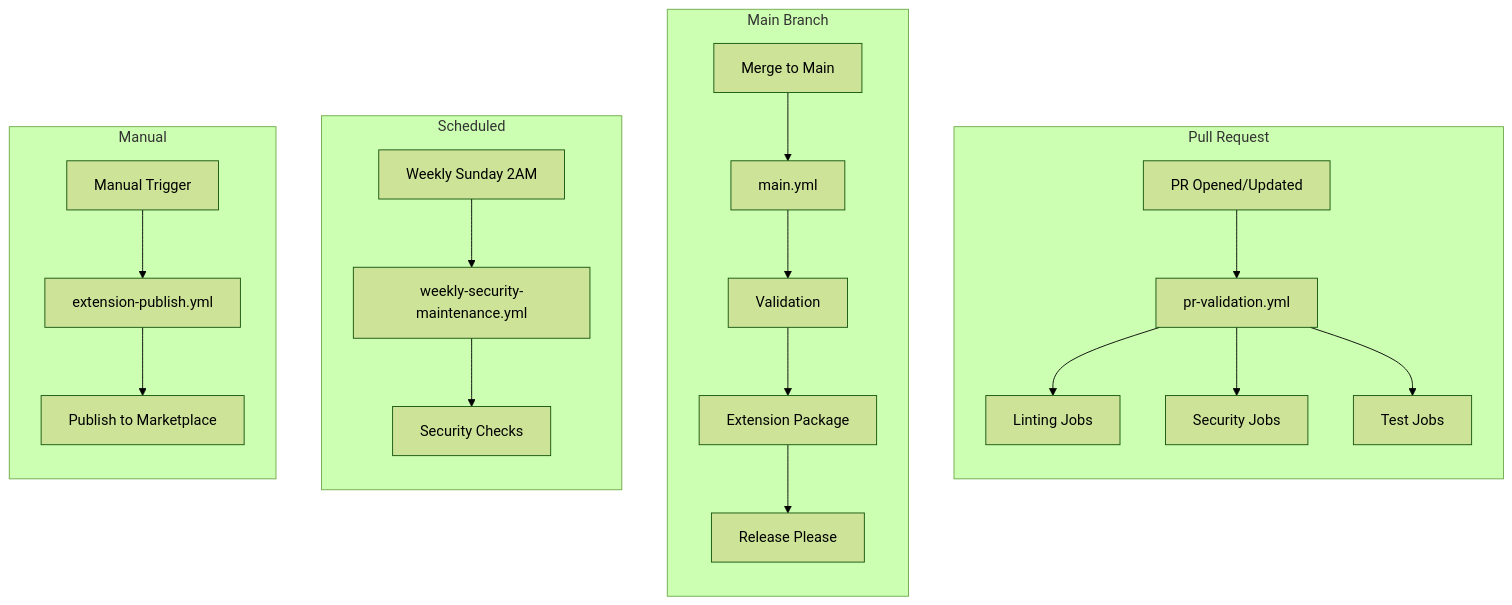
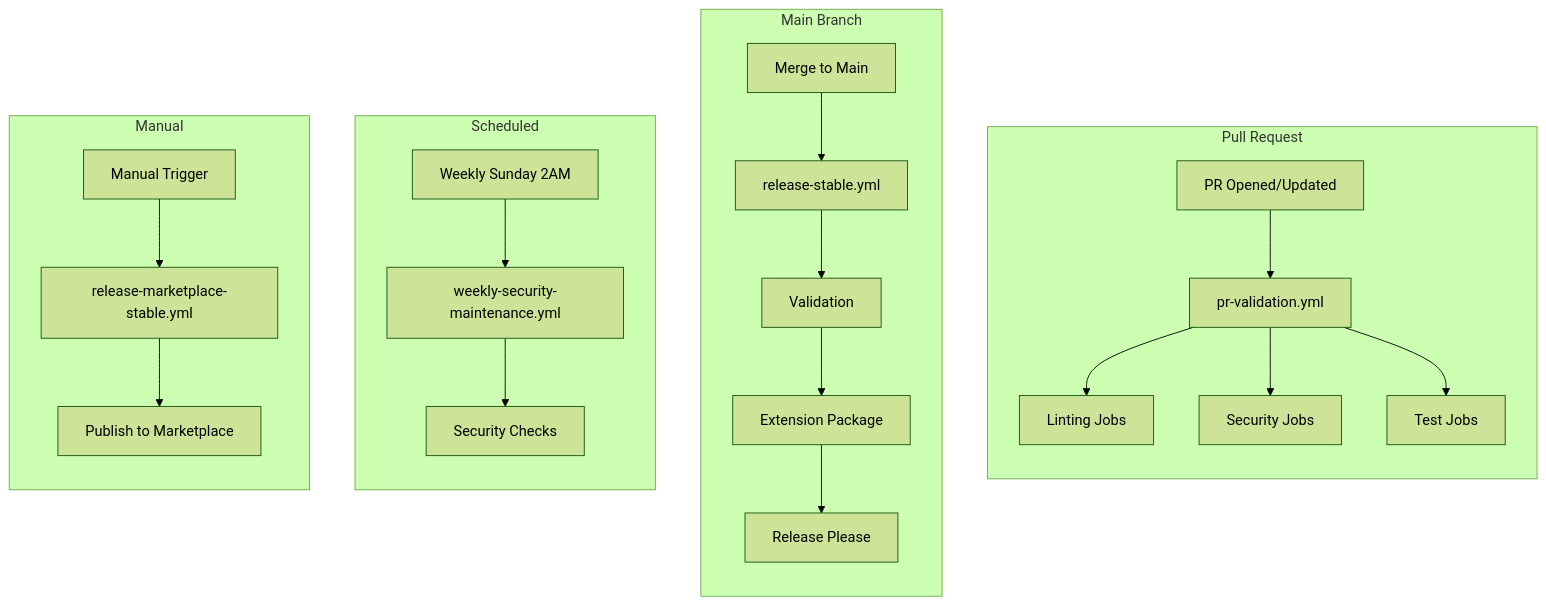
Before and after one commit to beragowhere/hve-core-adapted: the first of 4 diagrams in docs/architecture/workflows.md, drawn with Mermaid (forest theme). The commit also changed other lines of this file and 12 other files, not shown here.

````diff
--- a/docs/architecture/workflows.md
+++ b/docs/architecture/workflows.md
@@ -14,30 +14,30 @@
 ```mermaid
 flowchart TD
     subgraph PR["Pull Request"]
         direction TB
         PR1[PR Opened/Updated] --> PV[pr-validation.yml]
         PV --> LINT[Linting Jobs]
         PV --> SEC[Security Jobs]
         PV --> TEST[Test Jobs]
     end
 
     subgraph MAIN["Main Branch"]
         direction TB
-        MERGE[Merge to Main] --> MN[main.yml]
+        MERGE[Merge to Main] --> MN[release-stable.yml]
         MN --> VAL[Validation]
         VAL --> PKG[Extension Package]
         PKG --> REL[Release Please]
     end
 
     subgraph SCHED["Scheduled"]
         direction TB
         CRON[Weekly Sunday 2AM] --> WEEKLY[weekly-security-maintenance.yml]
         WEEKLY --> SECCHECK[Security Checks]
     end
 
     subgraph MANUAL["Manual"]
         direction TB
-        DISPATCH[Manual Trigger] --> PUB[extension-publish.yml]
+        DISPATCH[Manual Trigger] --> PUB[release-marketplace-stable.yml]
         PUB --> VSCE[Publish to Marketplace]
     end
 ```
````
